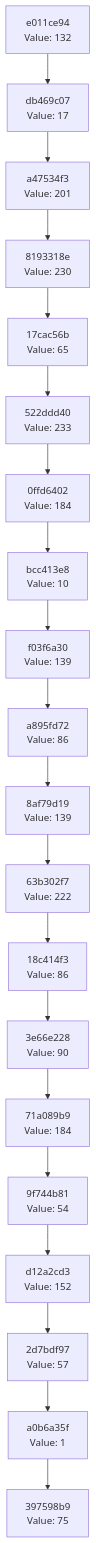
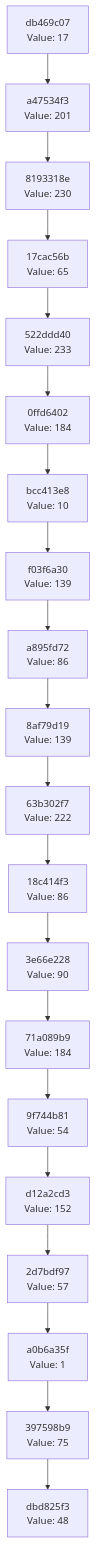
The diagram in docs/CHAIN_VISUALIZATION.md (Abhisheksinha1506/hash-chain-evolver), drawn with Mermaid before and after one commit. The commit also changed 3 other files, not shown here.

````diff
--- a/docs/CHAIN_VISUALIZATION.md
+++ b/docs/CHAIN_VISUALIZATION.md
@@ -3,42 +3,42 @@
 ```mermaid
 graph TD
-    C0["397598b9<br/>Value: 75"]
-    C1["a0b6a35f<br/>Value: 1"]
+    C0["dbd825f3<br/>Value: 48"]
+    C1["397598b9<br/>Value: 75"]
     C1 --> C0
-    C2["2d7bdf97<br/>Value: 57"]
+    C2["a0b6a35f<br/>Value: 1"]
     C2 --> C1
-    C3["d12a2cd3<br/>Value: 152"]
+    C3["2d7bdf97<br/>Value: 57"]
     C3 --> C2
-    C4["9f744b81<br/>Value: 54"]
+    C4["d12a2cd3<br/>Value: 152"]
     C4 --> C3
-    C5["71a089b9<br/>Value: 184"]
+    C5["9f744b81<br/>Value: 54"]
     C5 --> C4
-    C6["3e66e228<br/>Value: 90"]
+    C6["71a089b9<br/>Value: 184"]
     C6 --> C5
-    C7["18c414f3<br/>Value: 86"]
+    C7["3e66e228<br/>Value: 90"]
     C7 --> C6
-    C8["63b302f7<br/>Value: 222"]
+    C8["18c414f3<br/>Value: 86"]
     C8 --> C7
-    C9["8af79d19<br/>Value: 139"]
+    C9["63b302f7<br/>Value: 222"]
     C9 --> C8
-    C10["a895fd72<br/>Value: 86"]
+    C10["8af79d19<br/>Value: 139"]
     C10 --> C9
-    C11["f03f6a30<br/>Value: 139"]
+    C11["a895fd72<br/>Value: 86"]
     C11 --> C10
-    C12["bcc413e8<br/>Value: 10"]
+    C12["f03f6a30<br/>Value: 139"]
     C12 --> C11
-    C13["0ffd6402<br/>Value: 184"]
+    C13["bcc413e8<br/>Value: 10"]
     C13 --> C12
-    C14["522ddd40<br/>Value: 233"]
+    C14["0ffd6402<br/>Value: 184"]
     C14 --> C13
-    C15["17cac56b<br/>Value: 65"]
+    C15["522ddd40<br/>Value: 233"]
     C15 --> C14
-    C16["8193318e<br/>Value: 230"]
+    C16["17cac56b<br/>Value: 65"]
     C16 --> C15
-    C17["a47534f3<br/>Value: 201"]
+    C17["8193318e<br/>Value: 230"]
     C17 --> C16
-    C18["db469c07<br/>Value: 17"]
+    C18["a47534f3<br/>Value: 201"]
     C18 --> C17
-    C19["e011ce94<br/>Value: 132"]
+    C19["db469c07<br/>Value: 17"]
     C19 --> C18
 ```
````
